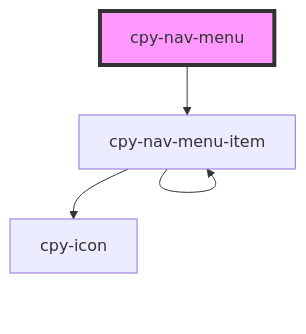
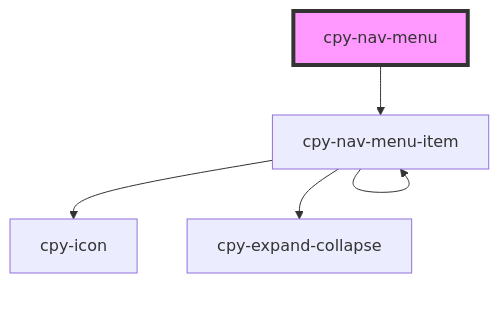
The diagram in stencil-lib/src/components/nav-menu/readme.md (Lith1um/Canopy-Stencil), drawn with Mermaid before and after one commit. The commit also changed 17 other files, not shown here.

Commit message:
add expand/collapse comp

````diff
--- a/stencil-lib/src/components/nav-menu/readme.md
+++ b/stencil-lib/src/components/nav-menu/readme.md
@@ -22,7 +22,8 @@
 ```mermaid
 graph TD;
   cpy-nav-menu --> cpy-nav-menu-item
   cpy-nav-menu-item --> cpy-icon
   cpy-nav-menu-item --> cpy-nav-menu-item
+  cpy-nav-menu-item --> cpy-expand-collapse
   style cpy-nav-menu fill:#f9f,stroke:#333,stroke-width:4px
 ```
````
